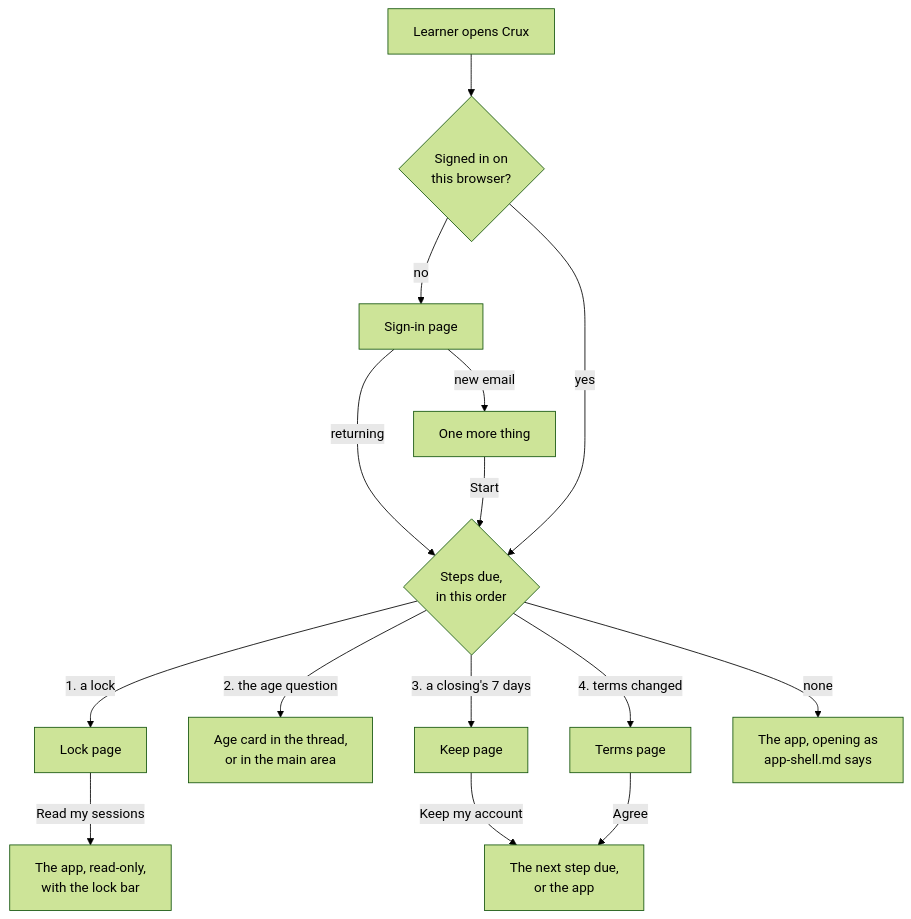
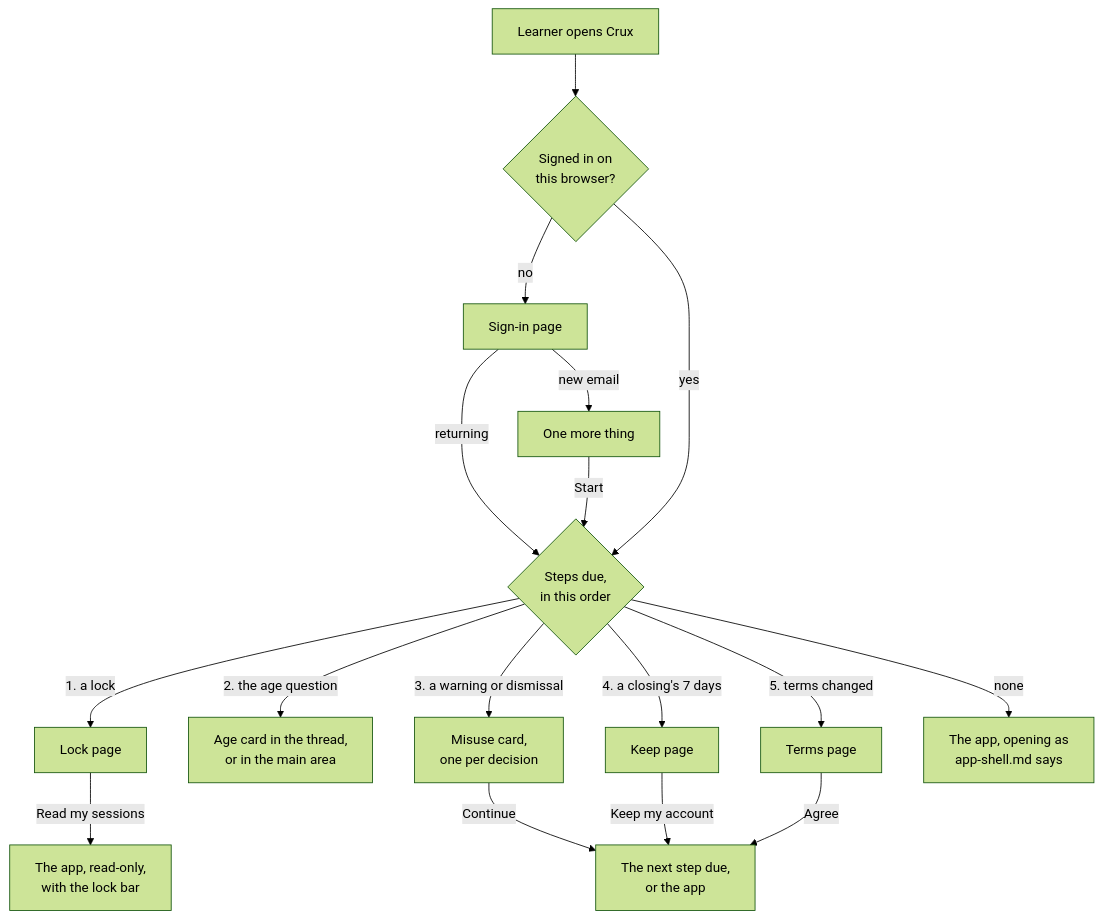
The diagram in docs/spec/account-screens.md (calmxz/Crux), drawn with Mermaid (forest theme) before and after one commit. The commit also changed other lines of this file and 12 other files, not shown here.

````diff
--- a/docs/spec/account-screens.md
+++ b/docs/spec/account-screens.md
@@ -34,17 +34,19 @@
 ```mermaid
 flowchart TD
   open["Learner opens Crux"] --> signed{"Signed in on<br/>this browser?"}
   signed -->|no| signin["Sign-in page"]
   signin -->|"new email"| more["One more thing"]
   signin -->|"returning"| steps
   more -->|Start| steps
   signed -->|yes| steps{"Steps due,<br/>in this order"}
   steps -->|"1. a lock"| lock["Lock page"]
   lock -->|"Read my sessions"| ro["The app, read-only,<br/>with the lock bar"]
   steps -->|"2. the age question"| age["Age card in the thread,<br/>or in the main area"]
-  steps -->|"3. a closing's 7 days"| keep["Keep page"]
-  steps -->|"4. terms changed"| terms["Terms page"]
-  keep -->|"Keep my account"| next["The next step due,<br/>or the app"]
+  steps -->|"3. a warning or dismissal"| card["Misuse card,<br/>one per decision"]
+  steps -->|"4. a closing's 7 days"| keep["Keep page"]
+  steps -->|"5. terms changed"| terms["Terms page"]
+  card -->|Continue| next["The next step due,<br/>or the app"]
+  keep -->|"Keep my account"| next
   terms -->|Agree| next
   steps -->|none| app["The app, opening as<br/>app-shell.md says"]
 ```
````
